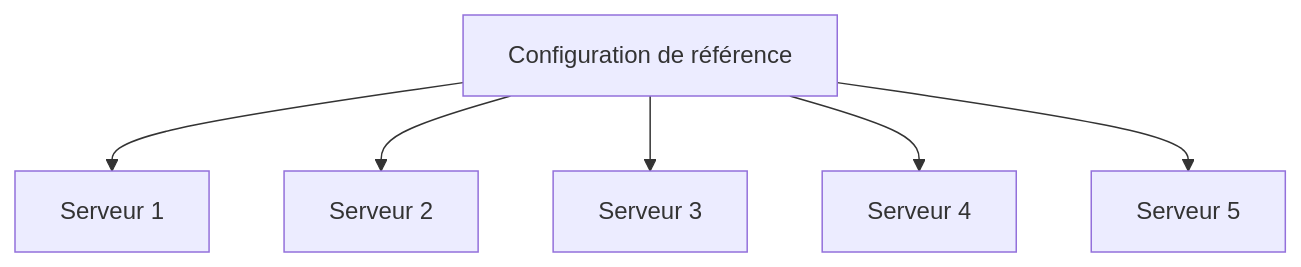
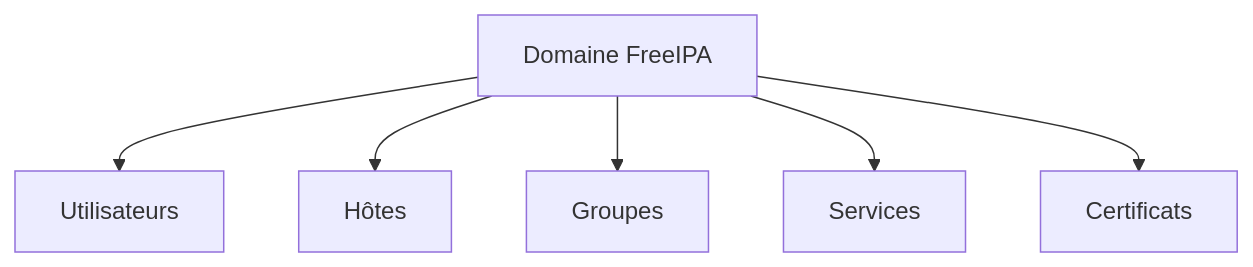
The fifth of 7 diagrams in campagne 8/8.1.md (tdelaclos/formations), drawn with Mermaid before and after one commit. The commit also changed other lines of this file, not shown here.

````diff
--- a/campagne 8/8.1.md
+++ b/campagne 8/8.1.md
@@ -933,11 +471,15 @@
 ```mermaid
-flowchart TD
+graph TD
 
-Reference["Configuration de référence"]
+    D[Domaine FreeIPA]
 
-Reference --> S1[Serveur 1]
-Reference --> S2[Serveur 2]
-Reference --> S3[Serveur 3]
-Reference --> S4[Serveur 4]
-Reference --> S5[Serveur 5]
+    D --> U[Utilisateurs]
+
+    D --> H[Hôtes]
+
+    D --> G[Groupes]
+
+    D --> S[Services]
+
+    D --> C[Certificats]
 ```
````
